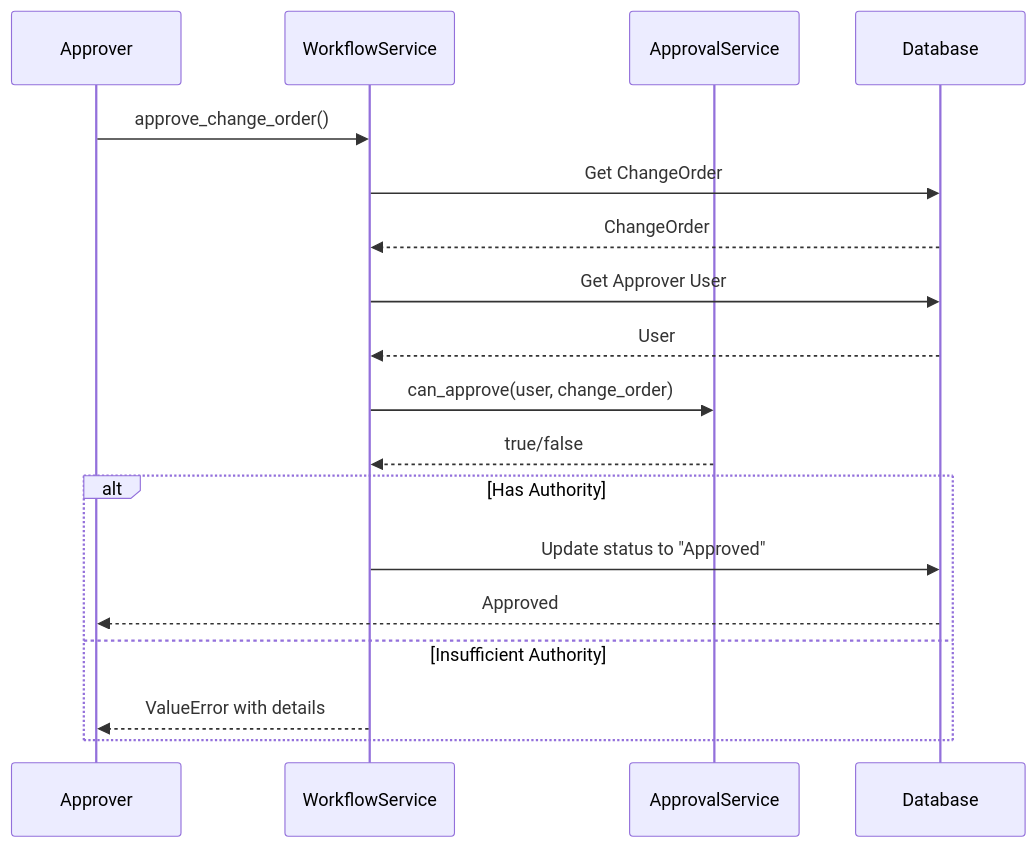
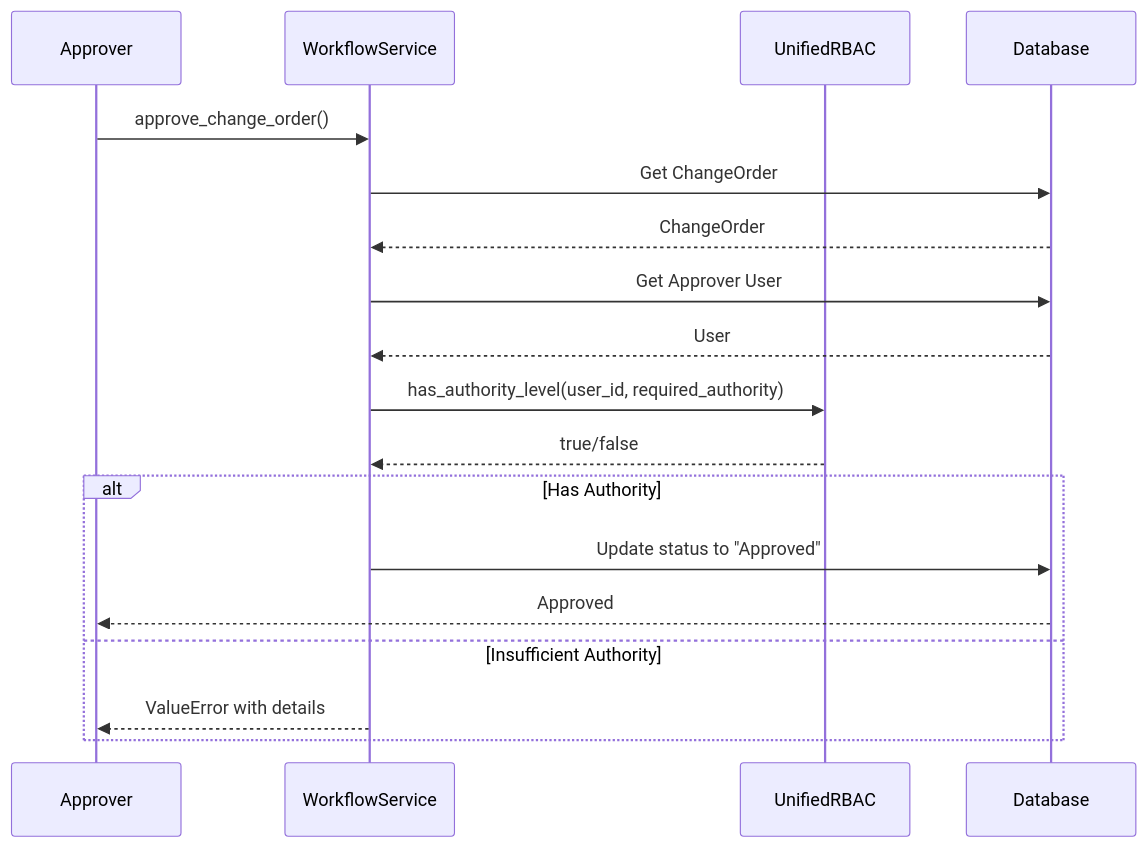
One commit to ogghst/backcast changed the fourth of 4 diagrams in docs/02-architecture/backend/contexts/approval-workflow/architecture.md. Above: the diagram before and after it, drawn with Mermaid. The commit also changed other lines of this file and 5 other files, not shown here.

First line of the commit message:
docs: align RBAC and change management docs with unified RBAC cleanup

````diff
--- a/docs/02-architecture/backend/contexts/approval-workflow/architecture.md
+++ b/docs/02-architecture/backend/contexts/approval-workflow/architecture.md
@@ -179,21 +182,21 @@
 ```mermaid
 sequenceDiagram
     participant Approver
     participant WorkflowService
-    participant ApprovalService
+    participant UnifiedRBAC
     participant DB as Database
 
     Approver->>WorkflowService: approve_change_order()
     WorkflowService->>DB: Get ChangeOrder
     DB-->>WorkflowService: ChangeOrder
     WorkflowService->>DB: Get Approver User
     DB-->>WorkflowService: User
-    WorkflowService->>ApprovalService: can_approve(user, change_order)
-    ApprovalService-->>WorkflowService: true/false
+    WorkflowService->>UnifiedRBAC: has_authority_level(user_id, required_authority)
+    UnifiedRBAC-->>WorkflowService: true/false
     alt Has Authority
         WorkflowService->>DB: Update status to "Approved"
         DB-->>Approver: Approved
     else Insufficient Authority
         WorkflowService-->>Approver: ValueError with details
     end
 ```
````
